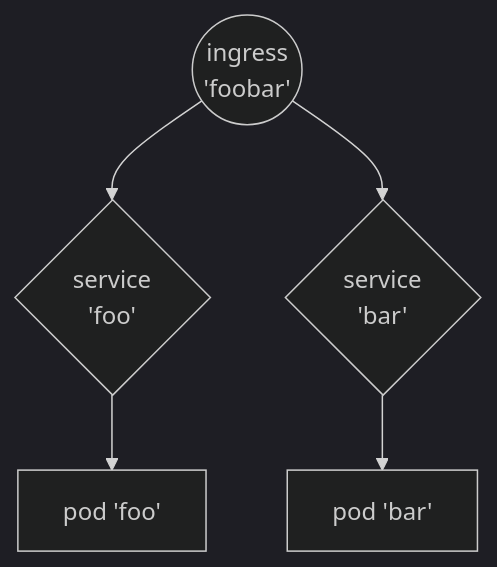
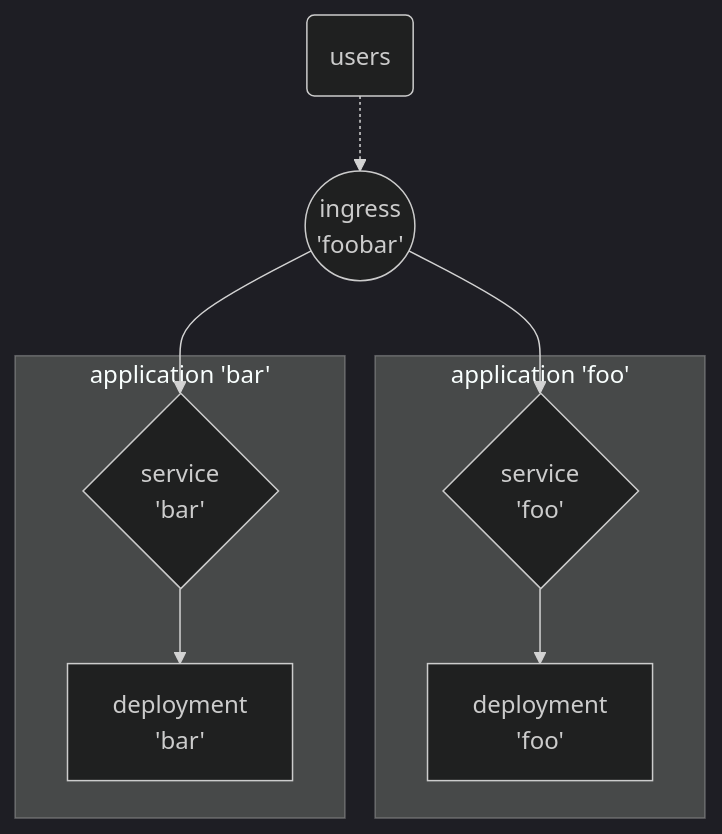
The diagram in docs/FluxCD/FluxCD_demonstration_par_l_exemple.md (papafrancky/papafrancky.github.io), drawn with Mermaid (dark theme) before and after one commit. The commit also changed other lines of this file and 6 other files, not shown here.

````diff
--- a/docs/FluxCD/FluxCD_demonstration_par_l_exemple.md
+++ b/docs/FluxCD/FluxCD_demonstration_par_l_exemple.md
@@ -280,6 +239,22 @@
 ``` mermaid
+
 graph TD
-A(("ingress\n'foobar'")) --> B{service\n'foo'} & C{service\n'bar'};
-B{service\n'foo'} --> D[pod 'foo'];
-C{service\n'bar'} --> E[pod 'bar'];
+
+A(users)
+B(("ingress\n'foobar'"))
+C{service\n'foo'}
+D{service\n'bar'}
+E[deployment\n'foo']
+F[deployment\n'bar']
+
+A -.-> B
+B --> C & D
+
+subgraph application 'foo'
+C --> E
+end
+
+subgraph application 'bar'
+D --> F
+end
 ```
````
